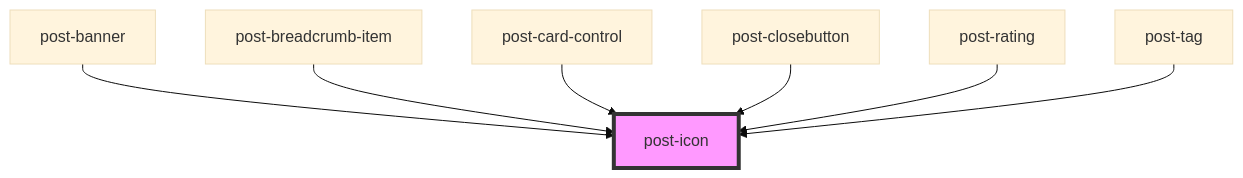
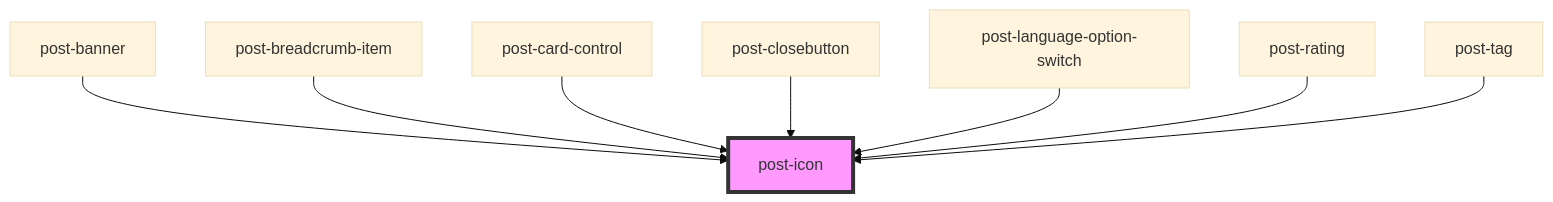
The diagram in packages/components/src/components/post-icon/readme.md (swisspost/design-system), drawn with Mermaid (base theme) before and after one commit. The commit also changed other lines of this file and 10 other files, not shown here.

Commit message:
finish design of post-language-option-switch + links

````diff
--- a/packages/components/src/components/post-icon/readme.md
+++ b/packages/components/src/components/post-icon/readme.md
@@ -33,10 +34,11 @@
 ```mermaid
 graph TD;
   post-banner --> post-icon
   post-breadcrumb-item --> post-icon
   post-card-control --> post-icon
   post-closebutton --> post-icon
+  post-language-option-switch --> post-icon
   post-rating --> post-icon
   post-tag --> post-icon
   style post-icon fill:#f9f,stroke:#333,stroke-width:4px
 ```
````
